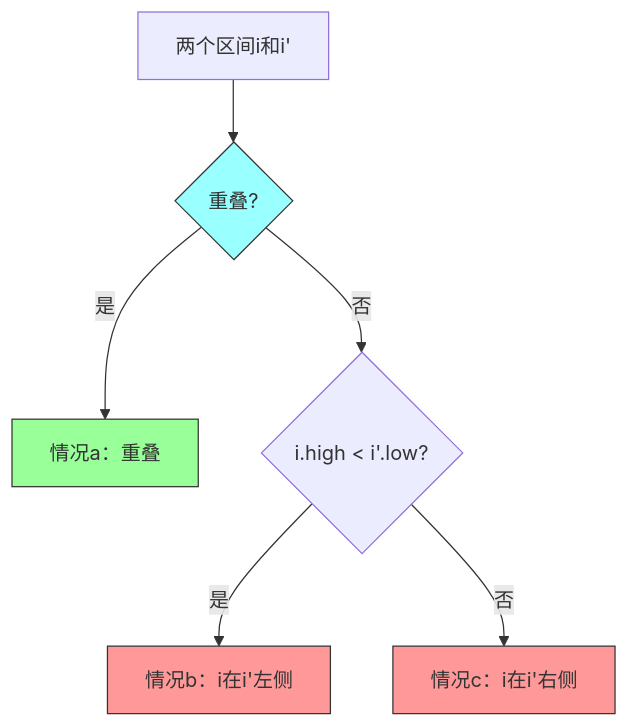
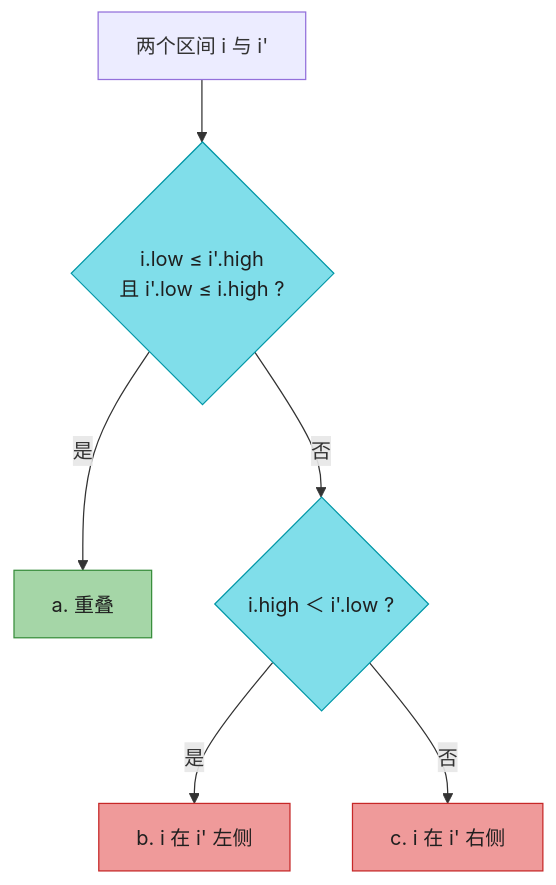
The fourth of 5 diagrams in IntroductionToAlgorithms/Chapter17_扩充数据结构_深度版.md (socoo123/book_reading), drawn with Mermaid before and after one commit. The commit also changed other lines of this file and 30 other files, not shown here.

````diff
--- a/IntroductionToAlgorithms/Chapter17_扩充数据结构_深度版.md
+++ b/IntroductionToAlgorithms/Chapter17_扩充数据结构_深度版.md
@@ -267,13 +229,15 @@
 ```mermaid
-graph TD
-    A[两个区间i和i'] --> B{重叠?}
-    B -->|是| C[情况a：重叠]
-    B -->|否| D{i.high < i'.low?}
-    D -->|是| E[情况b：i在i'左侧]
-    D -->|否| F[情况c：i在i'右侧]
+flowchart TD
+    A["两个区间 i 与 i'"] --> Q{"i.low ≤ i'.high<br/>且 i'.low ≤ i.high ?"}
+    Q -->|"是"| C0["a. 重叠"]
+    Q -->|"否"| Q2{"i.high ＜ i'.low ?"}
+    Q2 -->|"是"| C1["b. i 在 i' 左侧"]
+    Q2 -->|"否"| C2["c. i 在 i' 右侧"]
 
-    style B fill:#9ff,stroke:#333
-    style C fill:#9f9,stroke:#333
-    style E fill:#f99,stroke:#333
-    style F fill:#f99,stroke:#333
+    classDef ask fill:#80DEEA,stroke:#0097A7,color:#1f1f1f
+    classDef hit fill:#A5D6A7,stroke:#388E3C,color:#1f1f1f
+    classDef no fill:#EF9A9A,stroke:#C62828,color:#1f1f1f
+    class Q,Q2 ask
+    class C0 hit
+    class C1,C2 no
 ```
````
